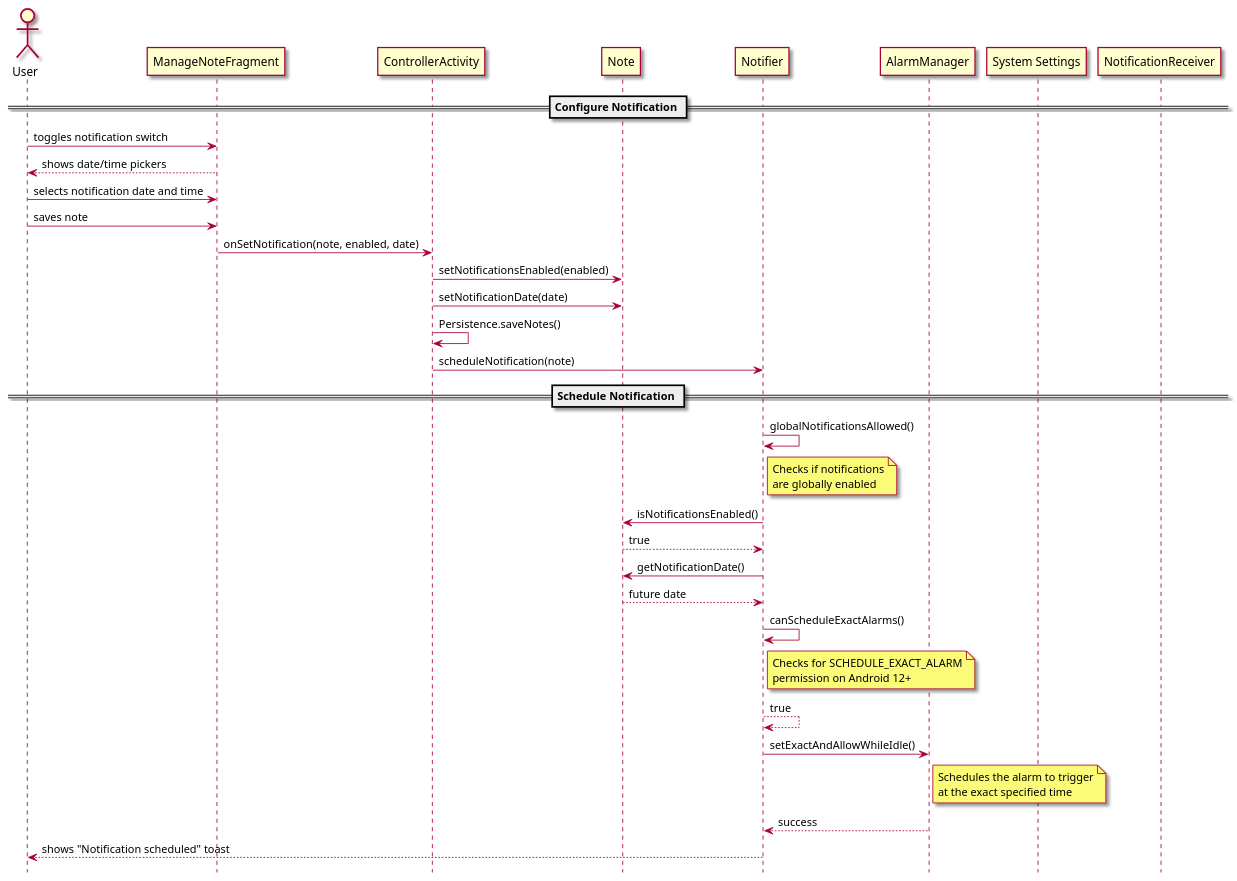
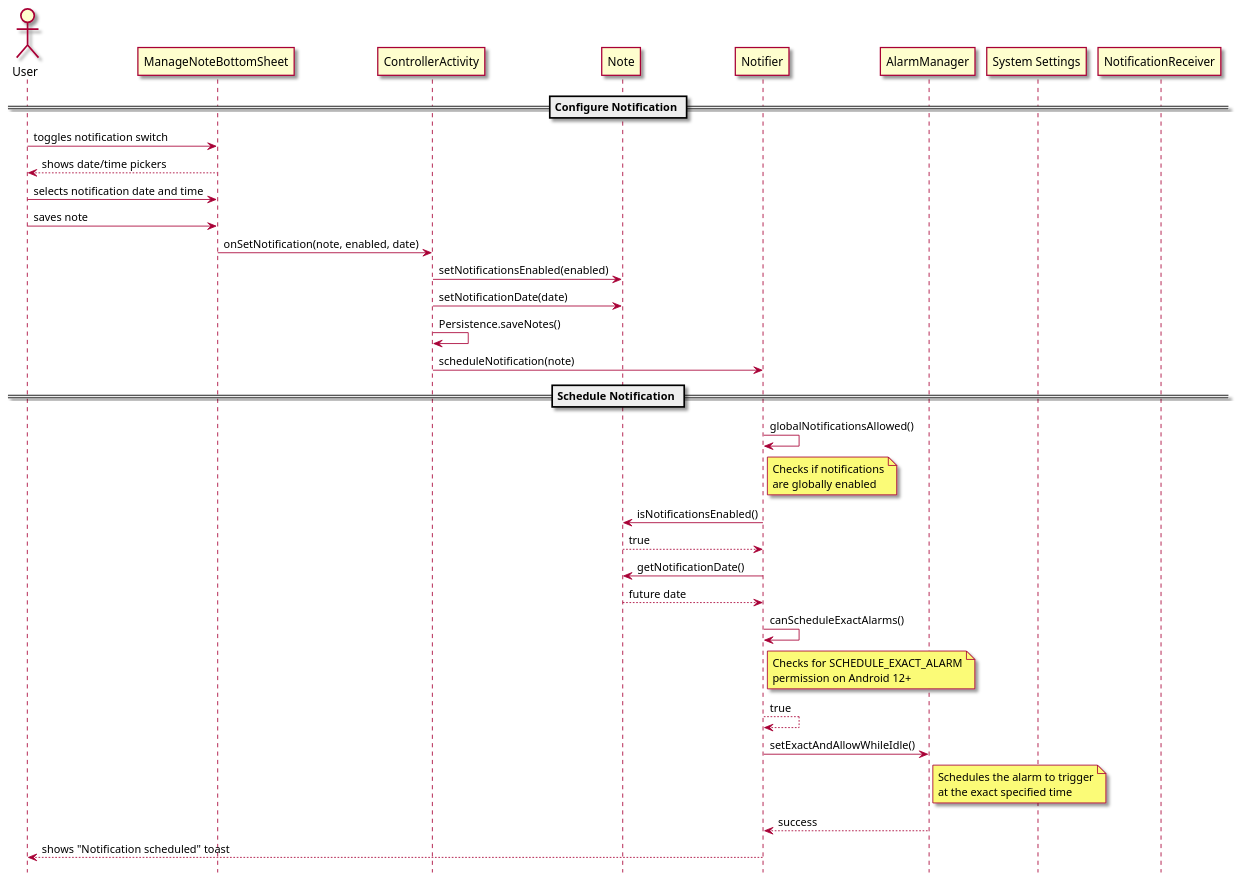
Before and after one commit to patricksmill/QuickNotes: the second of 2 diagrams in docs/architecture/use-cases/Notifier.md, drawn with PlantUML. The commit also changed 26 other files, not shown here.

````diff
--- a/docs/architecture/use-cases/Notifier.md
+++ b/docs/architecture/use-cases/Notifier.md
@@ -77,41 +77,41 @@
 ```plantuml
 @startuml
 hide footbox
 skin rose
 actor User as user
-participant "ManageNoteFragment" as noteUI
+participant "ManageNoteBottomSheet" as noteUI
 participant "ControllerActivity" as controller
 participant "Note" as note
 participant "Notifier" as notifier
 participant "AlarmManager" as alarmMgr
 participant "System Settings" as settings
 participant "NotificationReceiver" as receiver
 
 == Configure Notification ==
 user -> noteUI: toggles notification switch
 noteUI --> user: shows date/time pickers
 user -> noteUI: selects notification date and time
 user -> noteUI: saves note
 noteUI -> controller: onSetNotification(note, enabled, date)
 controller -> note: setNotificationsEnabled(enabled)
 controller -> note: setNotificationDate(date)
 controller -> controller: Persistence.saveNotes()
 controller -> notifier: scheduleNotification(note)
 
 == Schedule Notification ==
 notifier -> notifier: globalNotificationsAllowed()
 note right of notifier: Checks if notifications\nare globally enabled
 notifier -> note: isNotificationsEnabled()
 note --> notifier: true
 notifier -> note: getNotificationDate()
 note --> notifier: future date
 notifier -> notifier: canScheduleExactAlarms()
 note right of notifier: Checks for SCHEDULE_EXACT_ALARM\npermission on Android 12+
 notifier --> notifier: true
 notifier -> alarmMgr: setExactAndAllowWhileIdle()
 note right of alarmMgr: Schedules the alarm to trigger\nat the exact specified time
 alarmMgr --> notifier: success
 notifier --> user: shows "Notification scheduled" toast
 
 @enduml
 ```
````
